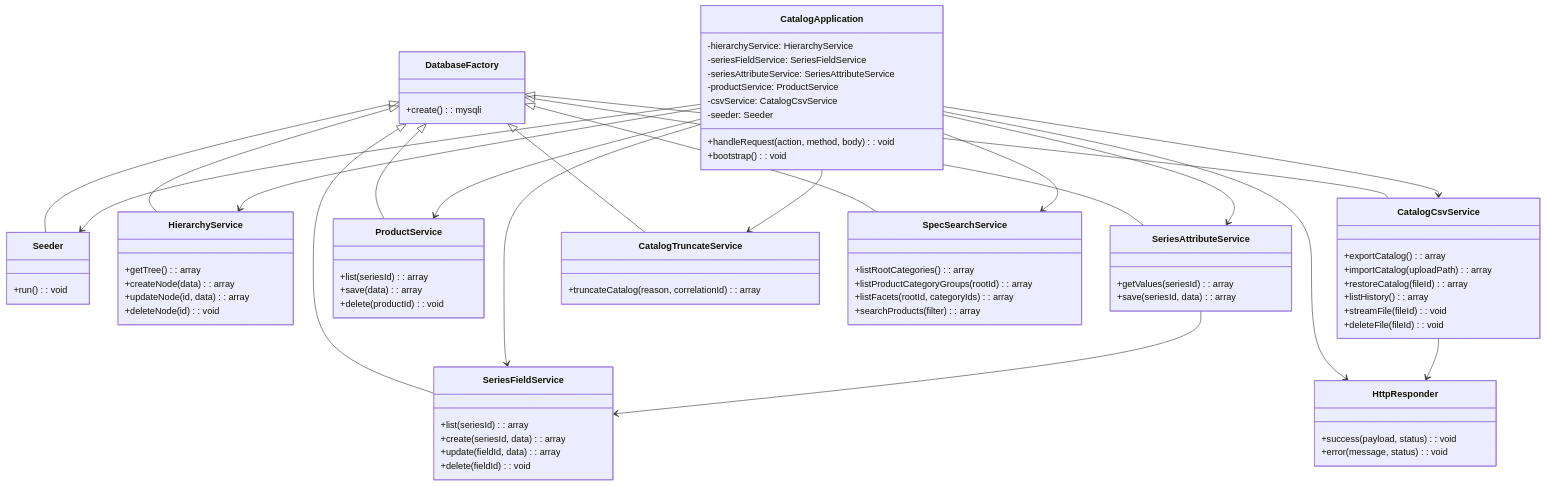
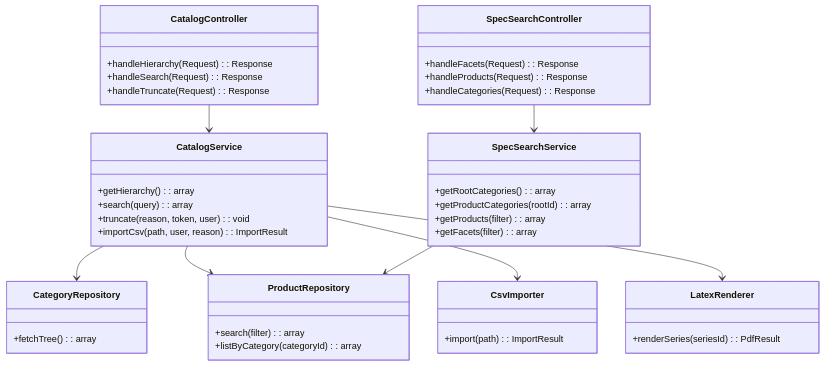
One commit to sinjie2008/Foundational-Electronics-Core-Systems changed the sixth of 8 diagrams in docs/spec.md. Above: the diagram before and after it, drawn with Mermaid. The commit also changed other lines of this file and 56 other files, not shown here.

Commit message:
Product Catalog Manager - Stable v 0.0.1 - Bootstrap 5 release - Bootstrap 5 datatables - Product Spec Search - Clean Code

````diff
--- a/docs/spec.md
+++ b/docs/spec.md
@@ -623,80 +179,45 @@
 ```mermaid
 classDiagram
-    class DatabaseFactory {
-        +create(): mysqli
-    }
-    class HttpResponder {
-        +success(payload, status): void
-        +error(message, status): void
-    }
-    class CatalogApplication {
-        -hierarchyService: HierarchyService
-        -seriesFieldService: SeriesFieldService
-        -seriesAttributeService: SeriesAttributeService
-        -productService: ProductService
-        -csvService: CatalogCsvService
-        -seeder: Seeder
-        +handleRequest(action, method, body): void
-        +bootstrap(): void
-    }
-    class Seeder {
-        +run(): void
-    }
-    class HierarchyService {
-        +getTree(): array
-        +createNode(data): array
-        +updateNode(id, data): array
-        +deleteNode(id): void
-    }
-    class SeriesFieldService {
-        +list(seriesId): array
-        +create(seriesId, data): array
-        +update(fieldId, data): array
-        +delete(fieldId): void
-    }
-    class SeriesAttributeService {
-        +getValues(seriesId): array
-        +save(seriesId, data): array
-    }
-    class ProductService {
-        +list(seriesId): array
-        +save(data): array
-        +delete(productId): void
-    }
-    class CatalogCsvService {
-        +exportCatalog(): array
-        +importCatalog(uploadPath): array
-        +restoreCatalog(fileId): array
-        +listHistory(): array
-        +streamFile(fileId): void
-        +deleteFile(fileId): void
-    }
-    class CatalogTruncateService {
-        +truncateCatalog(reason, correlationId): array
-    }
-    class SpecSearchService {
-        +listRootCategories(): array
-        +listProductCategoryGroups(rootId): array
-        +listFacets(rootId, categoryIds): array
-        +searchProducts(filter): array
-    }
-    DatabaseFactory <|-- Seeder
-    DatabaseFactory <|-- HierarchyService
-    DatabaseFactory <|-- SeriesFieldService
-    DatabaseFactory <|-- SeriesAttributeService
-    DatabaseFactory <|-- ProductService
-    DatabaseFactory <|-- CatalogCsvService
-    DatabaseFactory <|-- CatalogTruncateService
-    DatabaseFactory <|-- SpecSearchService
-    CatalogApplication --> HierarchyService
-    CatalogApplication --> SeriesFieldService
-    CatalogApplication --> SeriesAttributeService
-    CatalogApplication --> ProductService
-    CatalogApplication --> CatalogCsvService
-    CatalogApplication --> CatalogTruncateService
-    CatalogApplication --> SpecSearchService
-    CatalogApplication --> Seeder
-    CatalogApplication --> HttpResponder
-    SeriesAttributeService --> SeriesFieldService
-    CatalogCsvService --> HttpResponder
+  class CatalogController {
+    +handleHierarchy(Request): Response
+    +handleSearch(Request): Response
+    +handleTruncate(Request): Response
+  }
+  class SpecSearchController {
+    +handleFacets(Request): Response
+    +handleProducts(Request): Response
+    +handleCategories(Request): Response
+  }
+  class CatalogService {
+    +getHierarchy(): array
+    +search(query): array
+    +truncate(reason, token, user): void
+    +importCsv(path, user, reason): ImportResult
+  }
+  class SpecSearchService {
+    +getRootCategories(): array
+    +getProductCategories(rootId): array
+    +getProducts(filter): array
+    +getFacets(filter): array
+  }
+  class CategoryRepository {
+    +fetchTree(): array
+  }
+  class ProductRepository {
+    +search(filter): array
+    +listByCategory(categoryId): array
+  }
+  class CsvImporter {
+    +import(path): ImportResult
+  }
+  class LatexRenderer {
+    +renderSeries(seriesId): PdfResult
+  }
+  CatalogController --> CatalogService
+  SpecSearchController --> SpecSearchService
+  CatalogService --> CategoryRepository
+  CatalogService --> ProductRepository
+  CatalogService --> CsvImporter
+  CatalogService --> LatexRenderer
+  SpecSearchService --> ProductRepository
 ```
````
